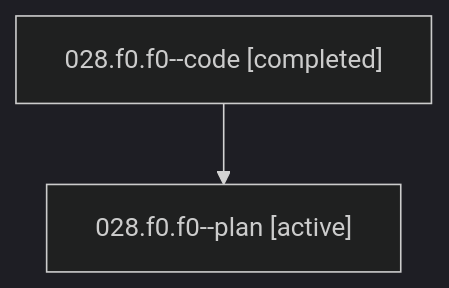
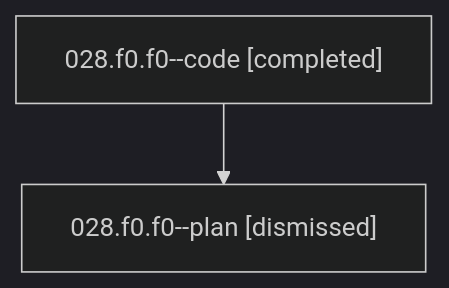
Before and after one commit to bobs-org/bob-cli--agents: the diagram in sessions/bbugyi200.athena.028.f0.f0.md, drawn with Mermaid (dark theme). The commit also changed other lines of this file and 46 other files, not shown here.

````diff
--- a/sessions/bbugyi200.athena.028.f0.f0.md
+++ b/sessions/bbugyi200.athena.028.f0.f0.md
@@ -9,6 +9,6 @@
 ```mermaid
 flowchart TD
   n0["028.f0.f0--code [completed]"]
-  n1["028.f0.f0--plan [active]"]
+  n1["028.f0.f0--plan [dismissed]"]
   n0 --> n1
 ```
````
